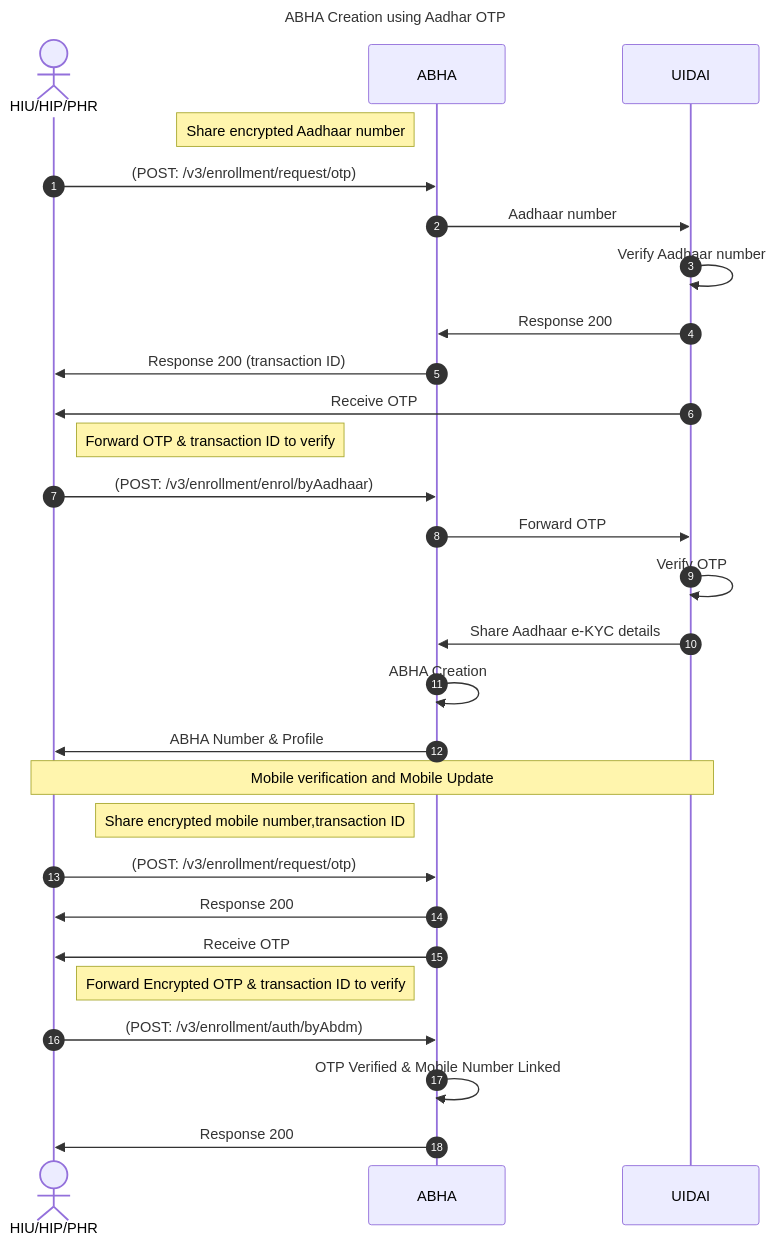
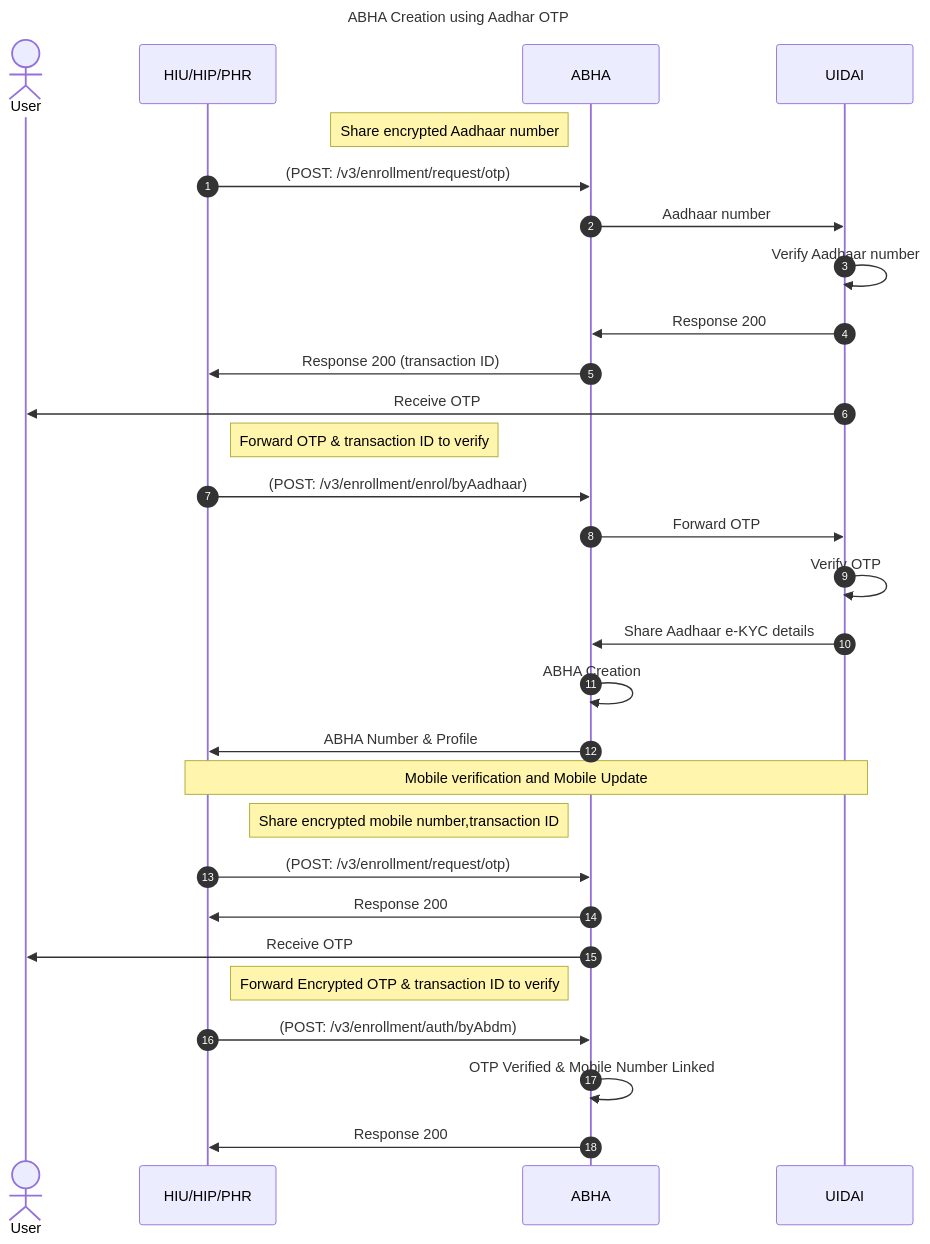
One commit to kiranma72/abdm-docs changed the third of 3 diagrams in content/2-milestone1/abha-number/aadhar-otp.md. Above: the diagram before and after it, drawn with Mermaid. The commit also changed other lines of this file and 5 other files, not shown here.

```diff
--- a/content/2-milestone1/abha-number/aadhar-otp.md
+++ b/content/2-milestone1/abha-number/aadhar-otp.md
@@ -200,29 +200,30 @@
 {{< mermaid >}}
 %%{init:{"fontSize": "1.0rem", "sequence":{"showSequenceNumbers":true}}}%%
 sequenceDiagram
 title ABHA Creation using Aadhar OTP
-actor HIU/HIP/PHR
+actor User 
+participant HIU/HIP/PHR
 Note left of ABHA: Share encrypted Aadhaar number
 HIU/HIP/PHR->>ABHA: (POST: /v3/enrollment/request/otp)
 ABHA->>UIDAI: Aadhaar number
 UIDAI->>UIDAI:Verify Aadhaar number
 UIDAI->>ABHA: Response 200
 ABHA->>HIU/HIP/PHR: Response 200 (transaction ID)
-UIDAI->>HIU/HIP/PHR:Receive OTP
+UIDAI->>User:Receive OTP
 Note right of HIU/HIP/PHR: Forward OTP & transaction ID to verify
 HIU/HIP/PHR->>ABHA: (POST: /v3/enrollment/enrol/byAadhaar)
 ABHA->>UIDAI: Forward OTP
 UIDAI->>UIDAI: Verify OTP
 UIDAI->>ABHA: Share Aadhaar e-KYC details
 ABHA->>ABHA: ABHA Creation
 ABHA->>HIU/HIP/PHR: ABHA Number & Profile
 Note over HIU/HIP/PHR,UIDAI: Mobile verification and Mobile Update
 Note left of ABHA: Share encrypted mobile number,transaction ID
 HIU/HIP/PHR->>ABHA: (POST: /v3/enrollment/request/otp)
 ABHA->>HIU/HIP/PHR: Response 200 
-ABHA->>HIU/HIP/PHR:Receive OTP
+ABHA->>User:Receive OTP
 Note right of HIU/HIP/PHR: Forward Encrypted OTP & transaction ID to verify
 HIU/HIP/PHR->>ABHA: (POST: /v3/enrollment/auth/byAbdm)
 ABHA->>ABHA: OTP Verified & Mobile Number Linked
 ABHA->>HIU/HIP/PHR: Response 200
 {{< /mermaid >}}
```
